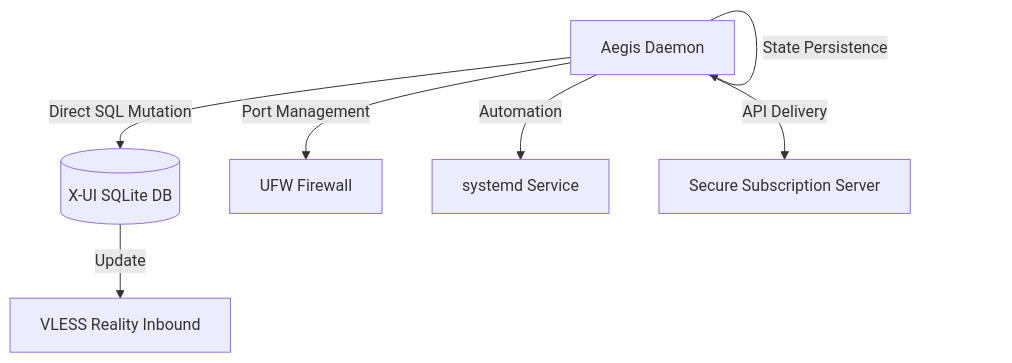
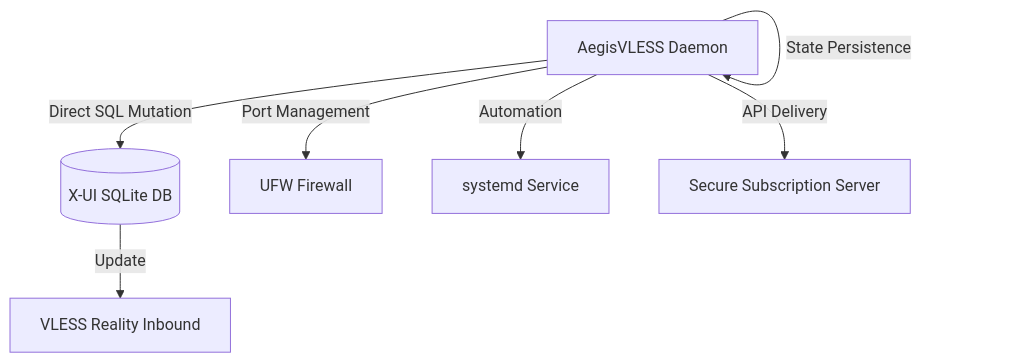
The diagram in README.md (neeitr0n/AegisVLESS), drawn with Mermaid before and after one commit. The commit also changed other lines of this file, not shown here.

````diff
--- a/README.md
+++ b/README.md
@@ -51,9 +30,9 @@
 ```mermaid
 graph TD
-    A[Aegis Daemon] -->|Direct SQL Mutation| B[(X-UI SQLite DB)]
+    A[AegisVLESS Daemon] -->|Direct SQL Mutation| B[(X-UI SQLite DB)]
     A -->|State Persistence| A
     A -->|Port Management| C[UFW Firewall]
     A -->|Automation| D[systemd Service]
     A -->|API Delivery| E[Secure Subscription Server]
     B -->|Update| F[VLESS Reality Inbound]
 ```
````
